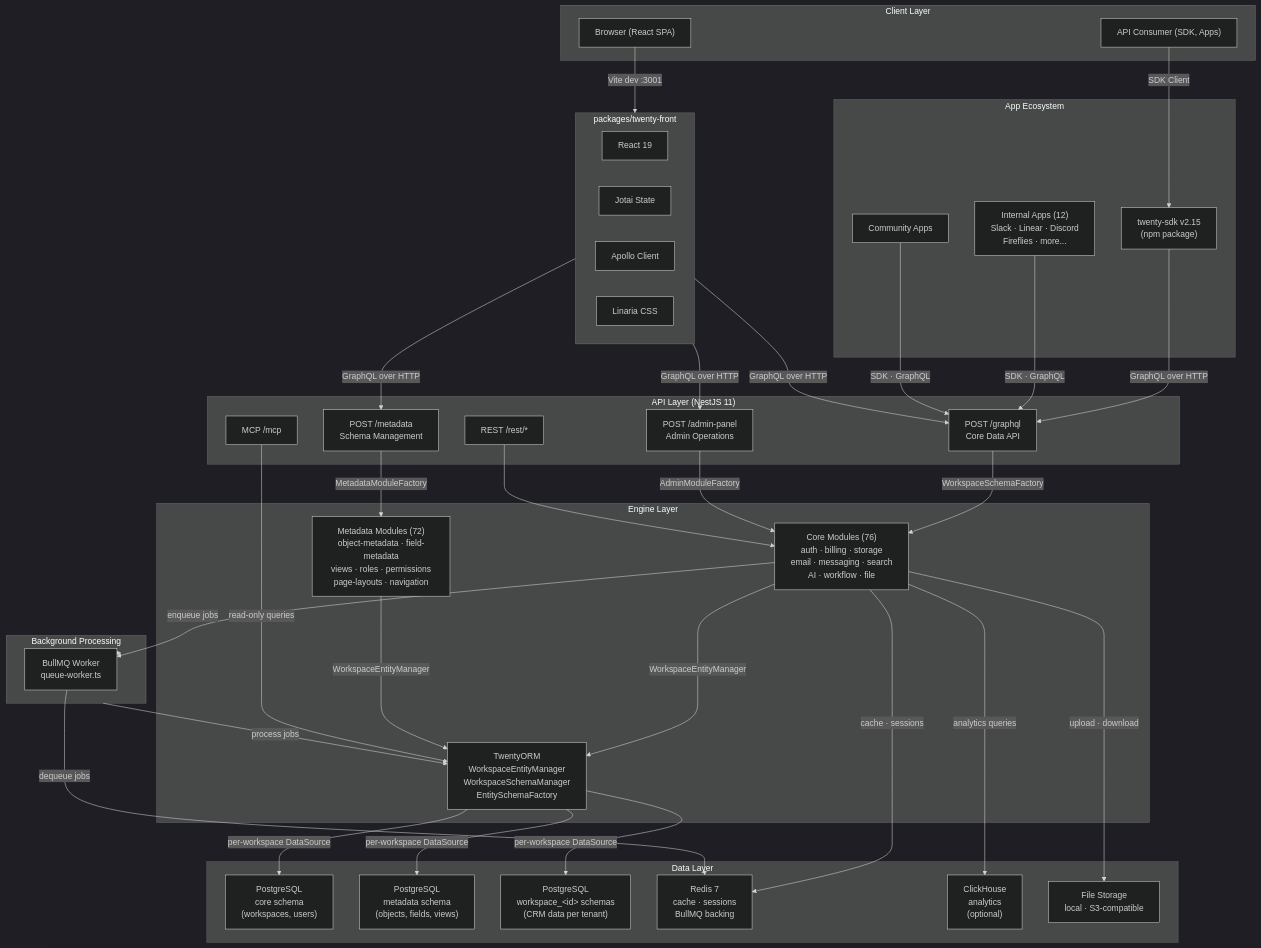
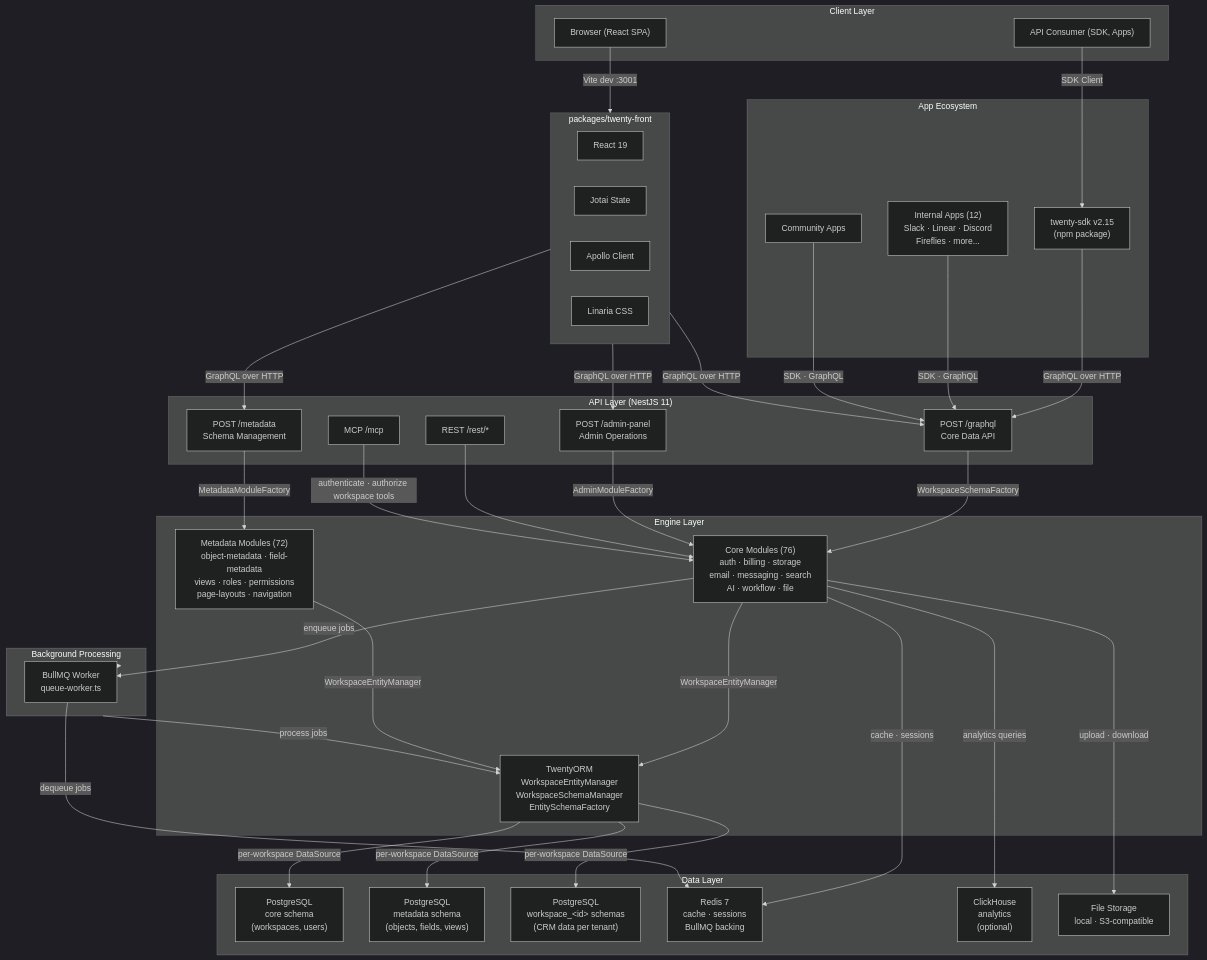
The diagram in docs/architecture/reference-architecture.md (nicolasenriquez/licitAI), drawn with Mermaid (dark theme) before and after one commit. The commit also changed other lines of this file and 101 other files, not shown here.

````diff
--- a/docs/architecture/reference-architecture.md
+++ b/docs/architecture/reference-architecture.md
@@ -20,78 +20,78 @@
 ```mermaid
 flowchart TB
     subgraph Client["Client Layer"]
         Browser["Browser (React SPA)"]
         API_Consumer["API Consumer (SDK, Apps)"]
     end
 
     subgraph Frontend["packages/twenty-front"]
         React["React 19"]
         Jotai["Jotai State"]
         Apollo["Apollo Client"]
         Linaria["Linaria CSS"]
     end
 
     subgraph API_Layer["API Layer (NestJS 11)"]
         GraphQL_Core["POST /graphql\nCore Data API"]
         GraphQL_Meta["POST /metadata\nSchema Management"]
         GraphQL_Admin["POST /admin-panel\nAdmin Operations"]
         REST["REST /rest/*"]
         MCP["MCP /mcp"]
     end
 
     subgraph Engine["Engine Layer"]
         CoreModules["Core Modules (76)\nauth · billing · storage\nemail · messaging · search\nAI · workflow · file"]
         MetaModules["Metadata Modules (72)\nobject-metadata · field-metadata\nviews · roles · permissions\npage-layouts · navigation"]
         TwentyORM["TwentyORM\nWorkspaceEntityManager\nWorkspaceSchemaManager\nEntitySchemaFactory"]
     end
 
     subgraph Data["Data Layer"]
         PG_Core["PostgreSQL\ncore schema\n(workspaces, users)"]
         PG_Meta["PostgreSQL\nmetadata schema\n(objects, fields, views)"]
         PG_WS["PostgreSQL\nworkspace_&lt;id&gt; schemas\n(CRM data per tenant)"]
         Redis["Redis 7\ncache · sessions\nBullMQ backing"]
         ClickHouse["ClickHouse\nanalytics\n(optional)"]
         Storage["File Storage\nlocal · S3-compatible"]
     end
 
     subgraph Worker["Background Processing"]
         BullMQ["BullMQ Worker\nqueue-worker.ts"]
     end
 
     subgraph Apps["App Ecosystem"]
         SDK["twenty-sdk v2.15\n(npm package)"]
         InternalApps["Internal Apps (12)\nSlack · Linear · Discord\nFireflies · more..."]
         CommunityApps["Community Apps"]
     end
 
     Browser -->|"Vite dev :3001"| Frontend
     Frontend -->|"GraphQL over HTTP"| GraphQL_Core
     Frontend -->|"GraphQL over HTTP"| GraphQL_Meta
     Frontend -->|"GraphQL over HTTP"| GraphQL_Admin
     API_Consumer -->|"SDK Client"| SDK
     SDK -->|"GraphQL over HTTP"| GraphQL_Core
 
     GraphQL_Core -->|"WorkspaceSchemaFactory"| CoreModules
     GraphQL_Meta -->|"MetadataModuleFactory"| MetaModules
     GraphQL_Admin -->|"AdminModuleFactory"| CoreModules
     REST --> CoreModules
 
     CoreModules -->|"WorkspaceEntityManager"| TwentyORM
     MetaModules -->|"WorkspaceEntityManager"| TwentyORM
     TwentyORM -->|"per-workspace DataSource"| PG_Core
     TwentyORM -->|"per-workspace DataSource"| PG_Meta
     TwentyORM -->|"per-workspace DataSource"| PG_WS
 
     CoreModules -->|"cache · sessions"| Redis
     CoreModules -->|"enqueue jobs"| BullMQ
     BullMQ -->|"dequeue jobs"| Redis
     BullMQ --> Worker
     Worker -->|"process jobs"| TwentyORM
     CoreModules -->|"upload · download"| Storage
     CoreModules -->|"analytics queries"| ClickHouse
 
     InternalApps -->|"SDK · GraphQL"| GraphQL_Core
     CommunityApps -->|"SDK · GraphQL"| GraphQL_Core
 
-    MCP -->|"read-only queries"| TwentyORM
+    MCP -->|"authenticate · authorize workspace tools"| CoreModules
 ```
````
